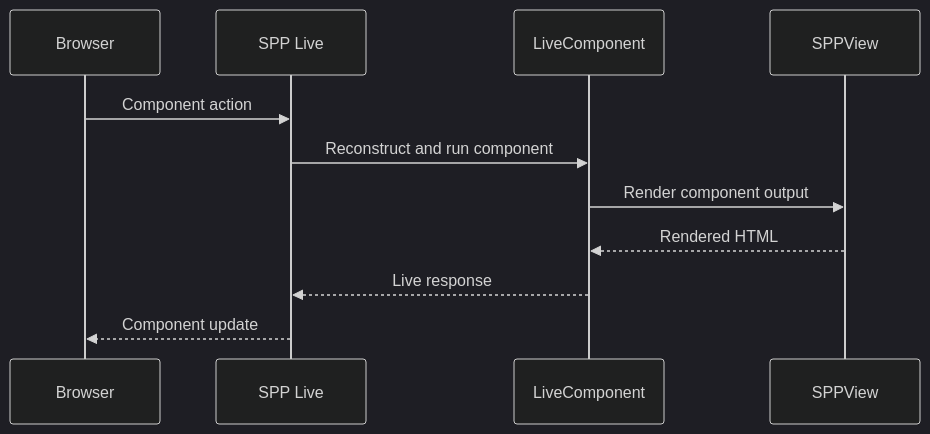
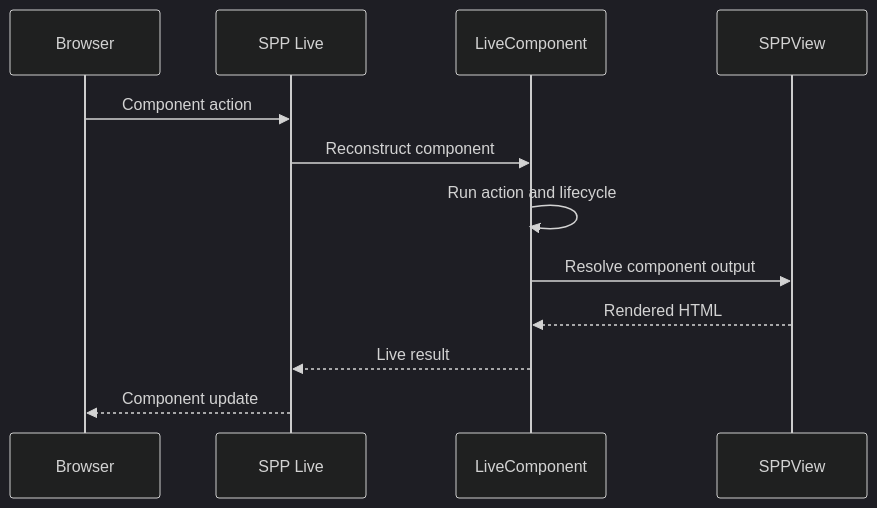
Before and after one commit to shuklasp/spp: the seventh of 7 diagrams in documentation/handbook/13-request-lifecycle.md, drawn with Mermaid (dark theme). The commit also changed other lines of this file, not shown here.

````diff
--- a/documentation/handbook/13-request-lifecycle.md
+++ b/documentation/handbook/13-request-lifecycle.md
@@ -246,14 +444,15 @@
 ```mermaid
 sequenceDiagram
     participant B as Browser
     participant L as SPP Live
     participant C as LiveComponent
     participant V as SPPView
 
     B->>L: Component action
-    L->>C: Reconstruct and run component
-    C->>V: Render component output
+    L->>C: Reconstruct component
+    C->>C: Run action and lifecycle
+    C->>V: Resolve component output
     V-->>C: Rendered HTML
-    C-->>L: Live response
+    C-->>L: Live result
     L-->>B: Component update
 ```
````
